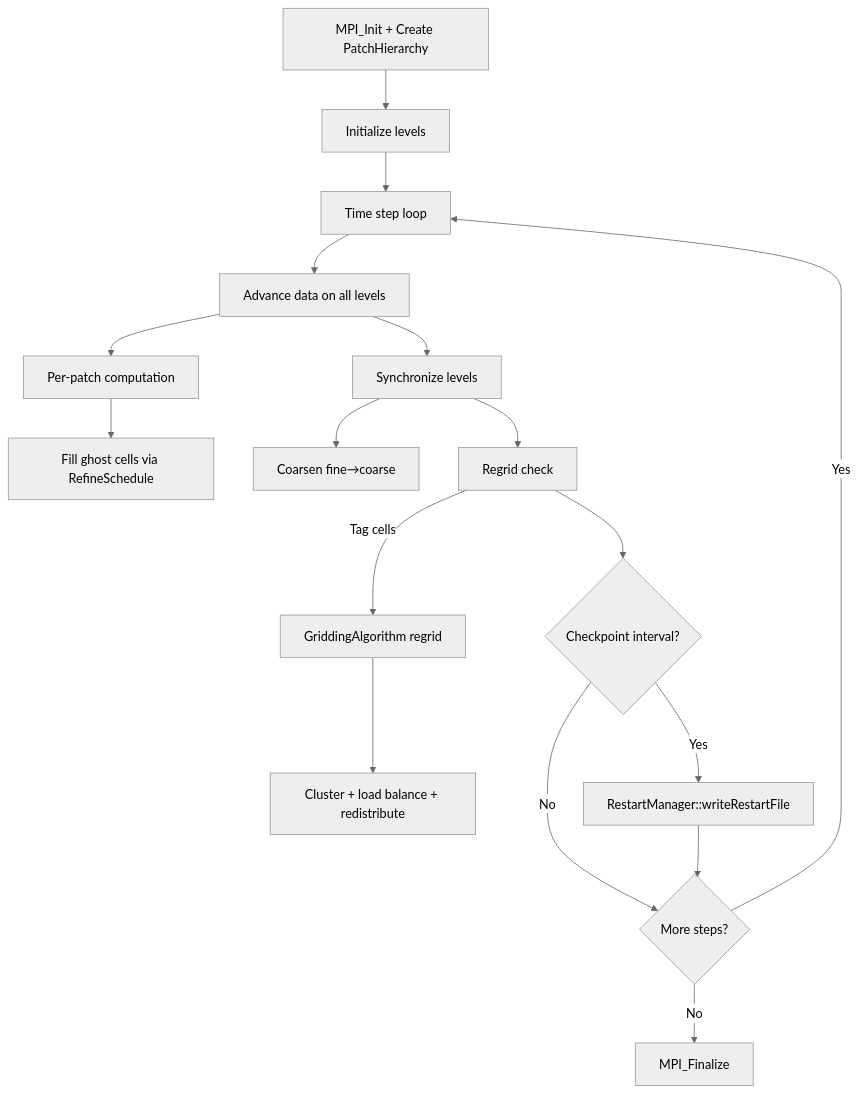
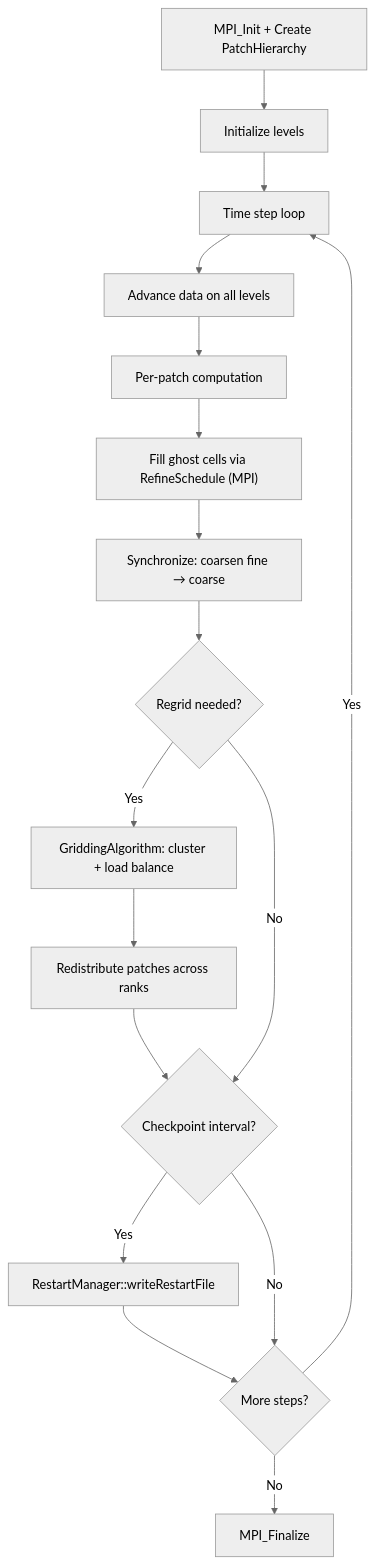
Before and after one commit to ngduchai/guard-agent: the diagram in tests/apps/docs/SAMRAI/computation_flow.md, drawn with Mermaid (neutral theme). The commit also changed other lines of this file and 19 other files, not shown here.

First line of the commit message:
docs: fix all computation flow diagrams and add output comparison guide

````diff
--- a/tests/apps/docs/SAMRAI/computation_flow.md
+++ b/tests/apps/docs/SAMRAI/computation_flow.md
@@ -7,19 +8,19 @@
 ```mermaid
 flowchart TD
     A[MPI_Init + Create PatchHierarchy] --> B[Initialize levels]
     B --> C[Time step loop]
     C --> D[Advance data on all levels]
     D --> D1[Per-patch computation]
-    D1 --> D2[Fill ghost cells via RefineSchedule]
-    D --> E[Synchronize levels]
-    E --> E1[Coarsen fine→coarse]
-    E --> F[Regrid check]
-    F -->|Tag cells| G[GriddingAlgorithm regrid]
-    G --> G1[Cluster + load balance + redistribute]
-    F --> H{Checkpoint interval?}
-    H -->|Yes| I[RestartManager::writeRestartFile]
-    H -->|No| J{More steps?}
-    I --> J
+    D1 --> D2["Fill ghost cells via RefineSchedule (MPI)"]
+    D2 --> E["Synchronize: coarsen fine → coarse"]
+    E --> F{Regrid needed?}
+    F -->|Yes| G["GriddingAlgorithm: cluster + load balance"]
+    G --> G1[Redistribute patches across ranks]
+    G1 --> H{Checkpoint interval?}
+    F -->|No| H
+    H -->|Yes| I["RestartManager::writeRestartFile"]
+    I --> J{More steps?}
+    H -->|No| J
     J -->|Yes| C
     J -->|No| K[MPI_Finalize]
 ```
````
